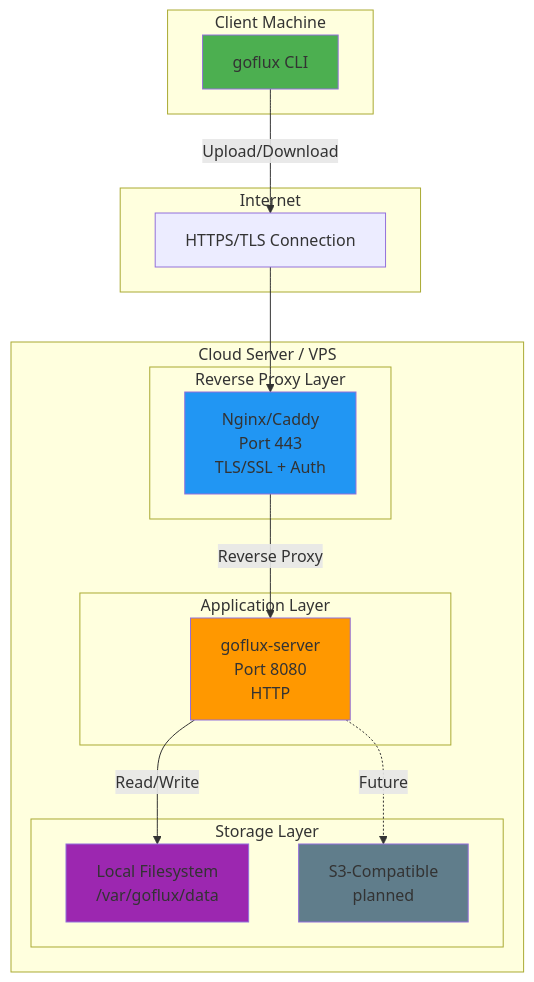
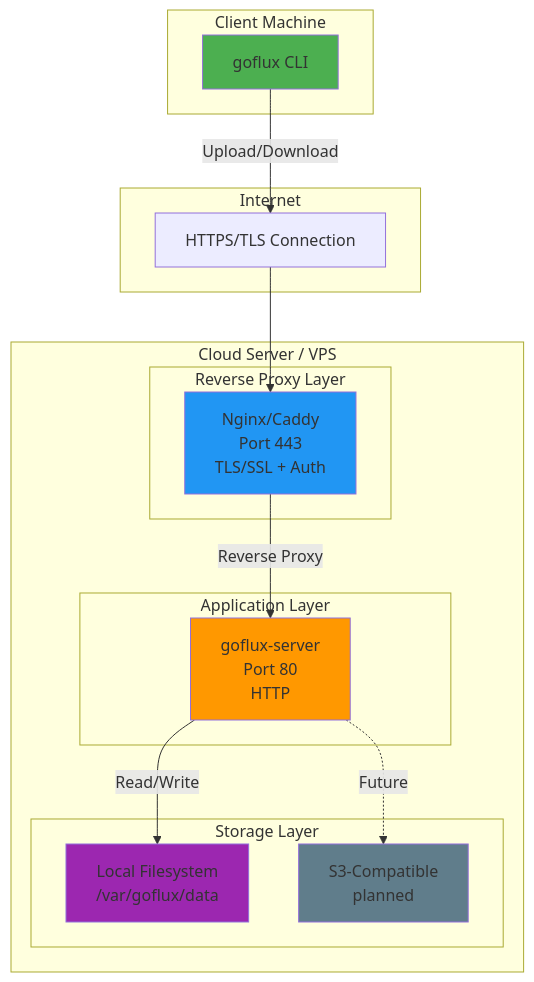
One commit to 0xRepo-Source/goflux changed the first of 6 diagrams in docs/architecture.md. Above: the diagram before and after it, drawn with Mermaid. The commit also changed other lines of this file and 3 other files, not shown here.

````diff
--- a/docs/architecture.md
+++ b/docs/architecture.md
@@ -9,37 +9,37 @@
 ```mermaid
 graph TB
     subgraph Client["Client Machine"]
         CLI[goflux CLI]
     end
     
     subgraph Internet["Internet"]
         HTTPS[HTTPS/TLS Connection]
     end
     
     subgraph Server["Cloud Server / VPS"]
         subgraph Proxy["Reverse Proxy Layer"]
             RP[Nginx/Caddy<br/>Port 443<br/>TLS/SSL + Auth]
         end
         
         subgraph App["Application Layer"]
-            GFS[goflux-server<br/>Port 8080<br/>HTTP]
+            GFS[goflux-server<br/>Port 80<br/>HTTP]
         end
         
         subgraph Data["Storage Layer"]
             FS[Local Filesystem<br/>/var/goflux/data]
             S3[S3-Compatible<br/>planned]
         end
     end
     
     CLI -->|Upload/Download| HTTPS
     HTTPS --> RP
     RP -->|Reverse Proxy| GFS
     GFS -->|Read/Write| FS
     GFS -.->|Future| S3
     
     style CLI fill:#4CAF50
     style RP fill:#2196F3
     style GFS fill:#FF9800
     style FS fill:#9C27B0
     style S3 fill:#607D8B
 ```
````
